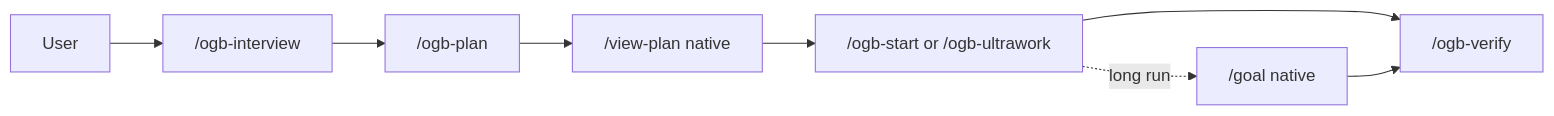
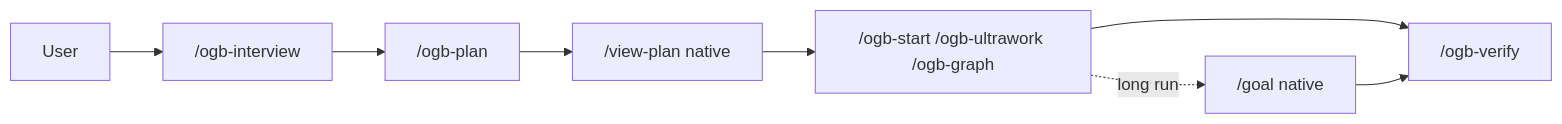
The diagram in README.ko.md (duarbdhks/oh-my-grok-build), drawn with Mermaid before and after one commit. The commit also changed other lines of this file and 42 other files, not shown here.

First line of the commit message:
feat: add ogb-graph DAG orchestrator skill (#1)

````diff
--- a/README.ko.md
+++ b/README.ko.md
@@ -84,10 +84,10 @@
 ```mermaid
 flowchart LR
   U[User] --> I["/ogb-interview"]
   I --> P["/ogb-plan"]
   P --> V["/view-plan native"]
-  V --> E["/ogb-start or /ogb-ultrawork"]
+  V --> E["/ogb-start /ogb-ultrawork /ogb-graph"]
   E --> R["/ogb-verify"]
   E -. long run .-> G["/goal native"]
   G --> R
 ```
````
